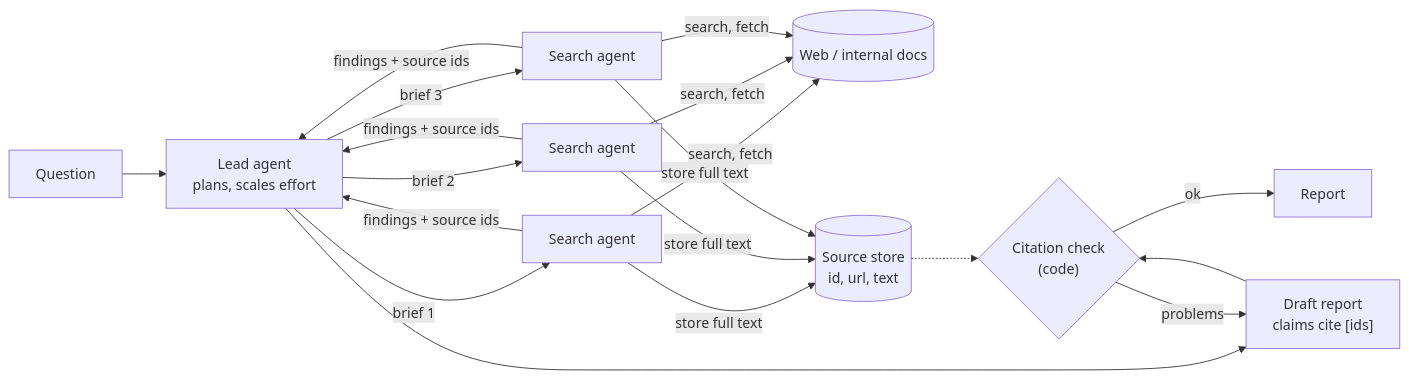
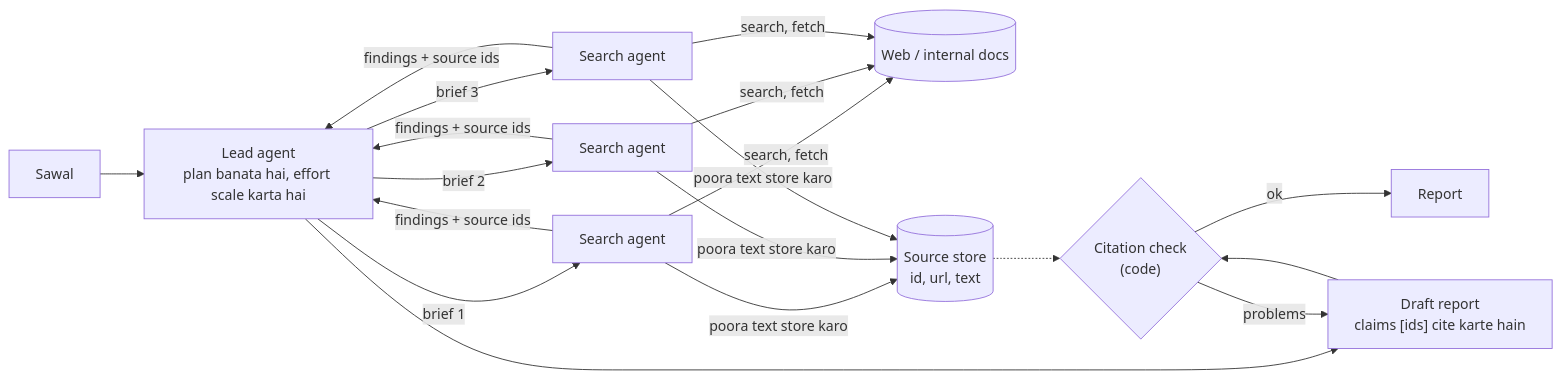
Before and after one commit to asmustechno/agentic-ai-notes: the diagram in docs/17-case-studies/17.3-research-agent.md, drawn with Mermaid. The commit also changed other lines of this file and 135 other files, not shown here.

````diff
--- a/docs/17-case-studies/17.3-research-agent.md
+++ b/docs/17-case-studies/17.3-research-agent.md
@@ -45,15 +49,15 @@
 ```mermaid
 flowchart LR
-    Q["Question"] --> L["Lead agent<br/>plans, scales effort"]
+    Q["Sawal"] --> L["Lead agent<br/>plan banata hai, effort scale karta hai"]
     L -->|"brief 1"| S1["Search agent"]
     L -->|"brief 2"| S2["Search agent"]
     L -->|"brief 3"| S3["Search agent"]
     S1 & S2 & S3 -->|"search, fetch"| W[("Web / internal docs")]
-    S1 & S2 & S3 -->|"store full text"| SS[("Source store<br/>id, url, text")]
+    S1 & S2 & S3 -->|"poora text store karo"| SS[("Source store<br/>id, url, text")]
     S1 & S2 & S3 -->|"findings + source ids"| L
-    L --> D["Draft report<br/>claims cite [ids]"]
+    L --> D["Draft report<br/>claims [ids] cite karte hain"]
     D --> C{"Citation check<br/>(code)"}
     C -->|problems| D
     C -->|ok| R["Report"]
     SS -.-> C
 ```
````
